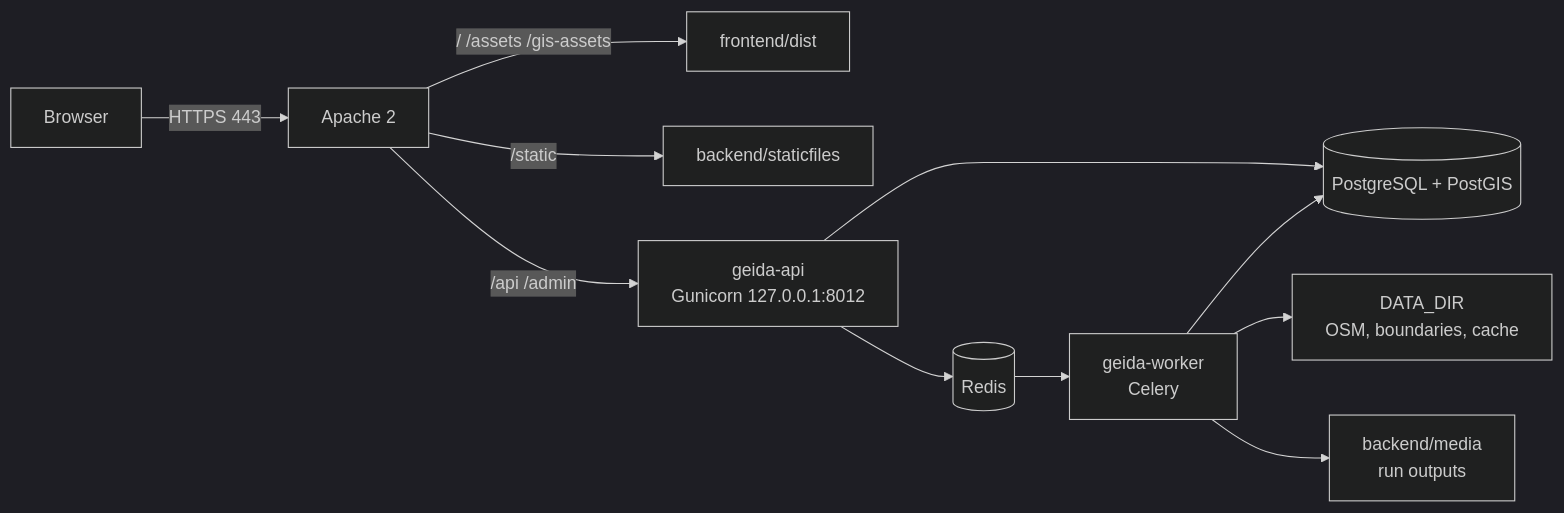
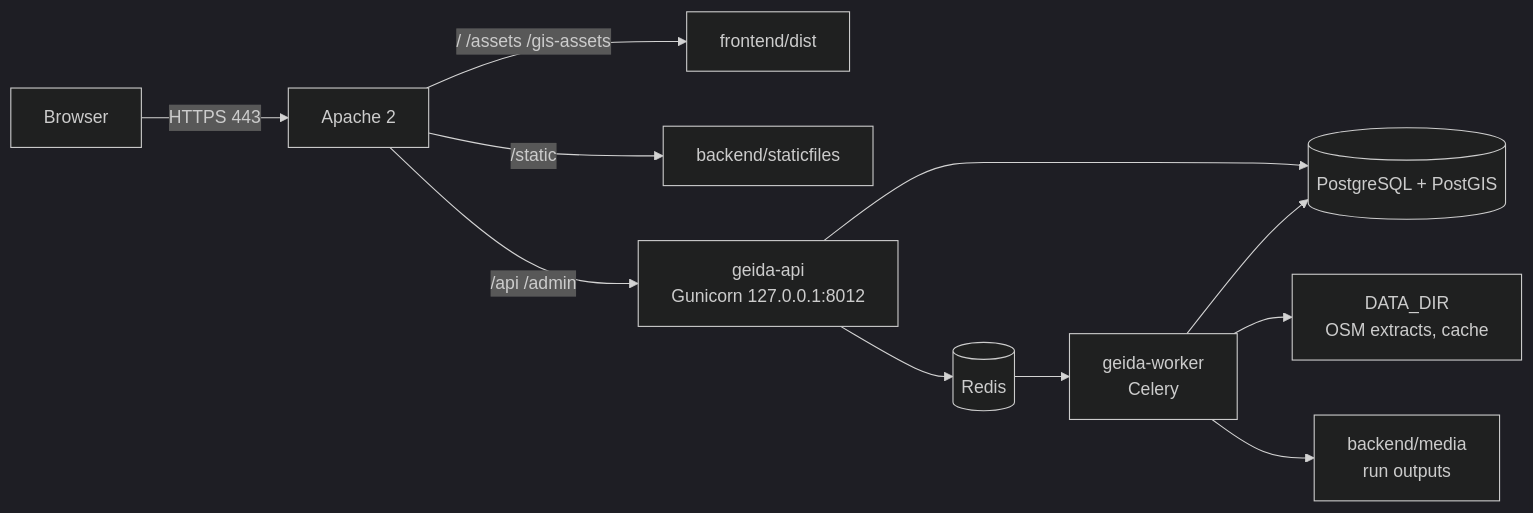
Before and after one commit to geonexa/isdb_geida: the diagram in docs/deploy/index.md, drawn with Mermaid (dark theme). The commit also changed other lines of this file and 378 other files, not shown here.

````diff
--- a/docs/deploy/index.md
+++ b/docs/deploy/index.md
@@ -7,13 +7,13 @@
 ```mermaid
 flowchart LR
     B[Browser] -->|HTTPS 443| A[Apache 2]
     A -->|/ /assets /gis-assets| F[frontend/dist]
     A -->|/static| S[backend/staticfiles]
     A -->|/api /admin| G[geida-api<br/>Gunicorn 127.0.0.1:8012]
     G --> P[(PostgreSQL + PostGIS)]
     G --> R[(Redis)]
     R --> W[geida-worker<br/>Celery]
     W --> P
-    W --> D[DATA_DIR<br/>OSM, boundaries, cache]
+    W --> D[DATA_DIR<br/>OSM extracts, cache]
     W --> M[backend/media<br/>run outputs]
 ```
````
